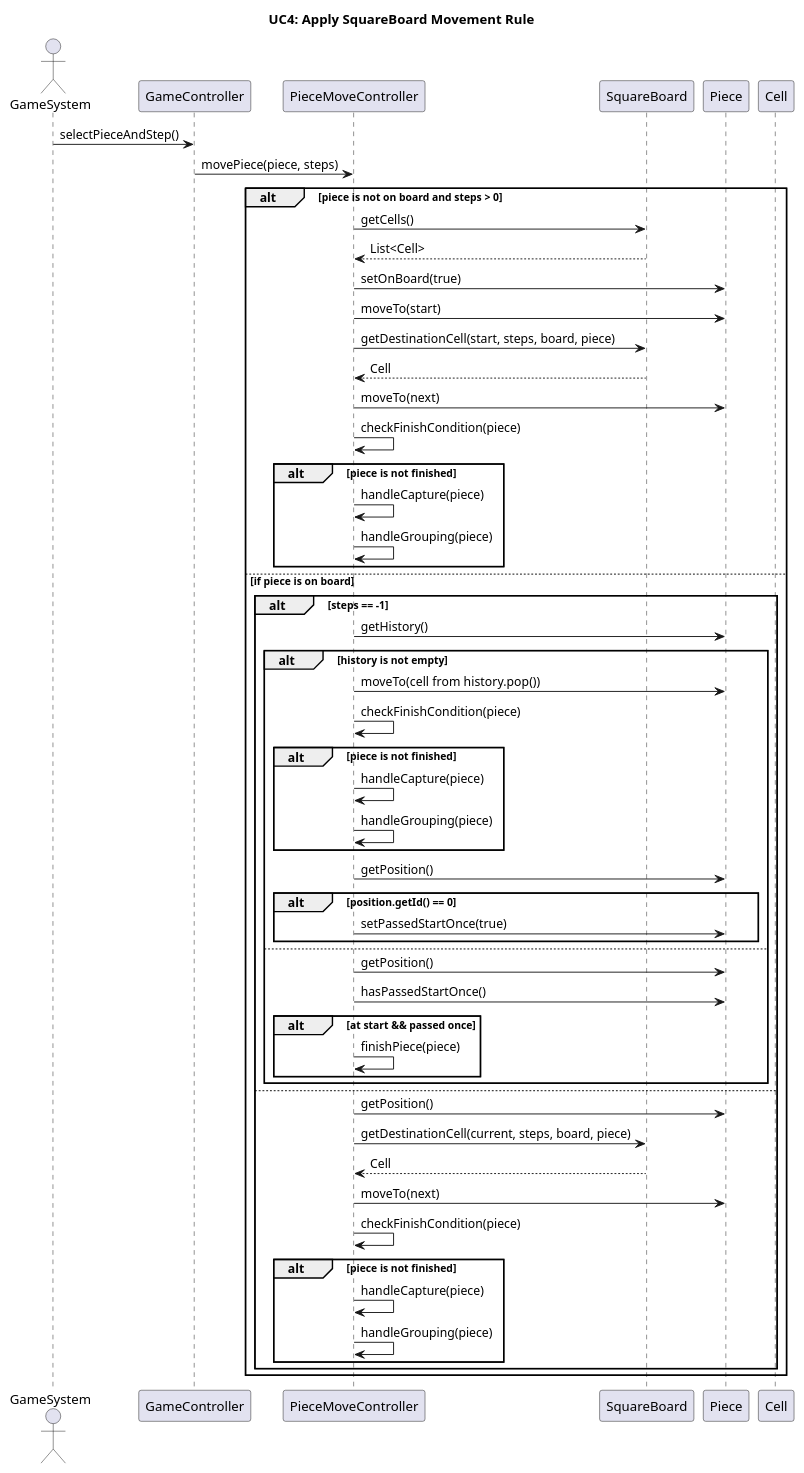
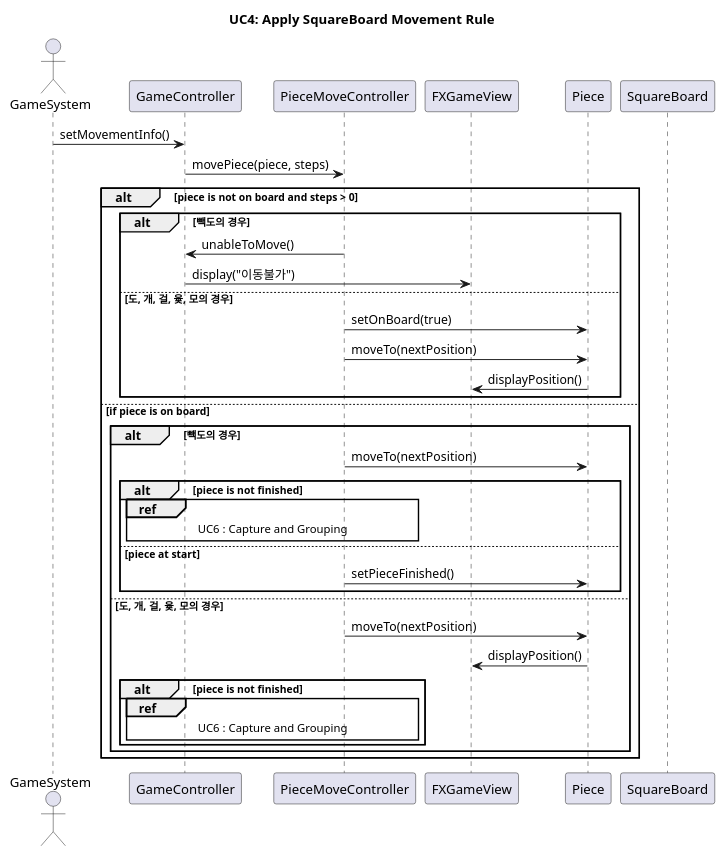
One commit to jack0928/SE-Term-Project-2025 changed the diagram in UC4.puml. Above: the diagram before and after it, drawn with PlantUML. The commit also changed 1 other file, not shown here.

```diff
--- a/UC4.puml
+++ b/UC4.puml
@@ -1,63 +1,45 @@
 @startuml
 title UC4: Apply SquareBoard Movement Rule
 
 actor GameSystem
 participant GameController
 participant PieceMoveController
+participant FXGameView
+participant Piece
 participant SquareBoard
-participant Piece
-participant Cell
 
-GameSystem -> GameController : selectPieceAndStep()
+GameSystem -> GameController : setMovementInfo()
 GameController -> PieceMoveController : movePiece(piece, steps)
 
 alt piece is not on board and steps > 0
-    PieceMoveController -> SquareBoard : getCells()
-    SquareBoard --> PieceMoveController : List<Cell>
-    PieceMoveController -> Piece : setOnBoard(true)
-    PieceMoveController -> Piece : moveTo(start)
-
-    PieceMoveController -> SquareBoard : getDestinationCell(start, steps, board, piece)
-    SquareBoard --> PieceMoveController : Cell
-    PieceMoveController -> Piece : moveTo(next)
-    PieceMoveController -> PieceMoveController : checkFinishCondition(piece)
-    alt piece is not finished
-        PieceMoveController -> PieceMoveController : handleCapture(piece)
-        PieceMoveController -> PieceMoveController : handleGrouping(piece)
-    end
+	alt 빽도의 경우
+    	PieceMoveController -> GameController : unableToMove()
+    	GameController -> FXGameView : display("이동불가")
+    else 도, 개, 걸, 윷, 모의 경우
+    	PieceMoveController -> Piece : setOnBoard(true)
+        PieceMoveController -> Piece : moveTo(nextPosition)
+        Piece -> FXGameView : displayPosition()
+    end alt
 
 else if piece is on board
-    alt steps == -1
-        PieceMoveController -> Piece : getHistory()
-        alt history is not empty
-            PieceMoveController -> Piece : moveTo(cell from history.pop())
-            PieceMoveController -> PieceMoveController : checkFinishCondition(piece)
+    alt 빽도의 경우
+            PieceMoveController -> Piece : moveTo(nextPosition)
             alt piece is not finished
-                PieceMoveController -> PieceMoveController : handleCapture(piece)
-                PieceMoveController -> PieceMoveController : handleGrouping(piece)
+                ref over GameController, PieceMoveController
+                	UC6 : Capture and Grouping
+                end ref
+            else piece at start
+            	PieceMoveController -> Piece : setPieceFinished()
             end
-            PieceMoveController -> Piece : getPosition()
-            alt position.getId() == 0
-                PieceMoveController -> Piece : setPassedStartOnce(true)
-            end
-        else
-            PieceMoveController -> Piece : getPosition()
-            PieceMoveController -> Piece : hasPassedStartOnce()
-            alt at start && passed once
-                PieceMoveController -> PieceMoveController : finishPiece(piece)
-            end
-        end
-    else
-        PieceMoveController -> Piece : getPosition()
-        PieceMoveController -> SquareBoard : getDestinationCell(current, steps, board, piece)
-        SquareBoard --> PieceMoveController : Cell
-        PieceMoveController -> Piece : moveTo(next)
-        PieceMoveController -> PieceMoveController : checkFinishCondition(piece)
+    else 도, 개, 걸, 윷, 모의 경우
+        PieceMoveController -> Piece : moveTo(nextPosition)
+        Piece -> FXGameView : displayPosition()
         alt piece is not finished
-            PieceMoveController -> PieceMoveController : handleCapture(piece)
-            PieceMoveController -> PieceMoveController : handleGrouping(piece)
+            ref over GameController, PieceMoveController
+            	UC6 : Capture and Grouping
+            end ref
         end
     end
 end
 
 @enduml
```
